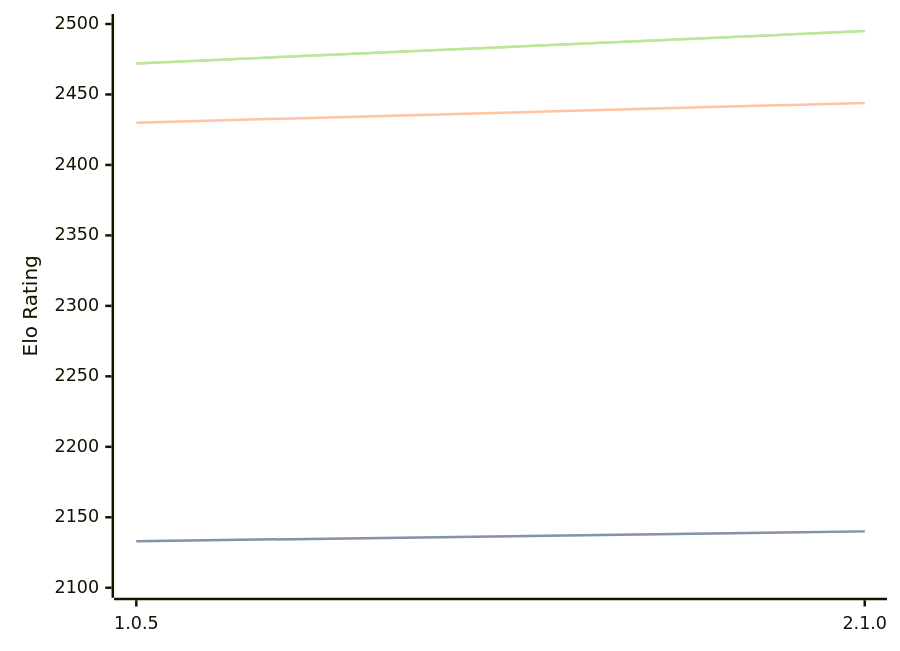
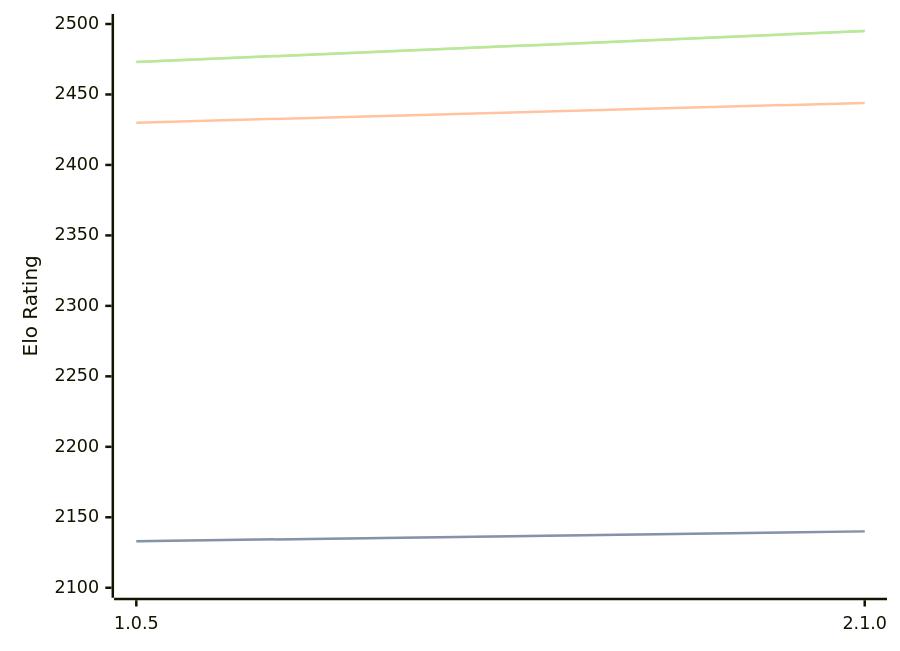
Before and after one commit to computer-chess-index/cci: the third of 3 diagrams in engines/Ruffian.md, drawn with Mermaid. The commit also changed other lines of this file, not shown here.

Commit message:
Update CCI Ratings (ELO VLTC) - 2026-06-30

````diff
--- a/engines/Ruffian.md
+++ b/engines/Ruffian.md
@@ -65,11 +65,11 @@
 ```mermaid
 %%{init: {"theme":"base","themeVariables":{"seriesColors:['#a3a3a3','#222221','#faa371']}}}%%
 xychart-beta
   x-axis ["1.0.5", "2.1.0"]
   y-axis "Elo Rating" 2100 --> 2500
   line "STC (8.0+0.08s)" [2133, 2140]
   line "STC (8.0+0.08s)" [2133, 2140]
   line "LTC (60.0+0.60s)" [2430, 2444]
-  line "VLTC (2m24s+1.12s)" [2472, 2495]
-  line "VLTC (2m24s+1.12s)" [2472, 2495]
+  line "VLTC (2m24s+1.12s)" [2473, 2495]
+  line "VLTC (2m24s+1.12s)" [2473, 2495]
 ```
````
